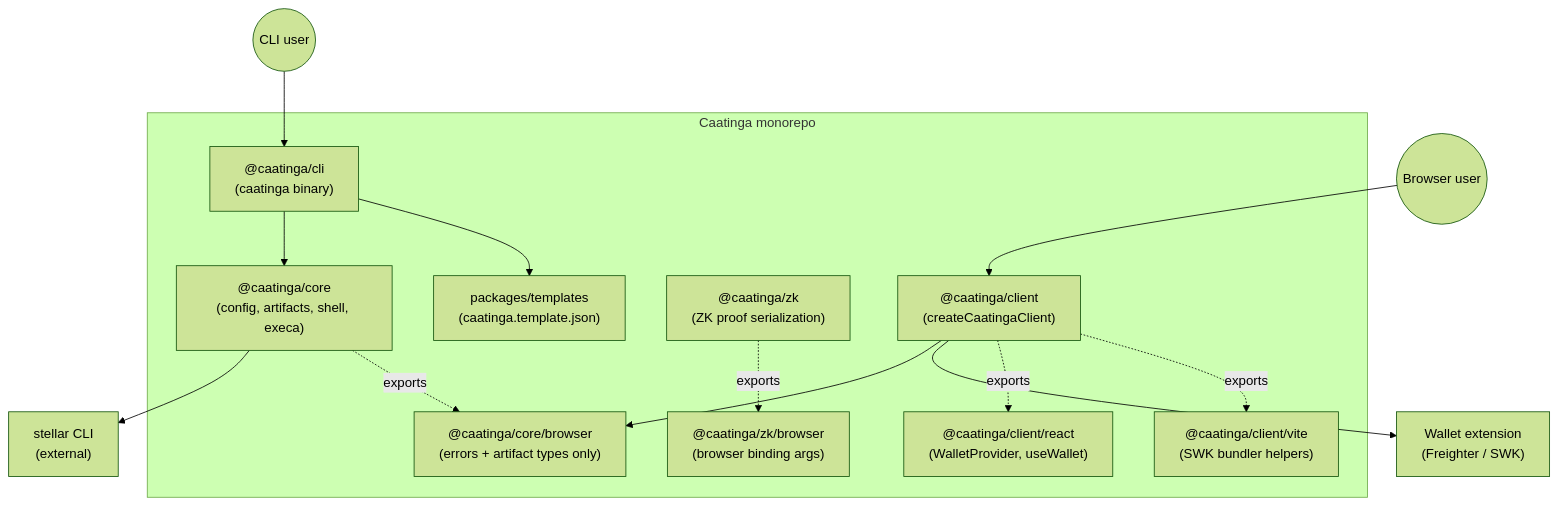
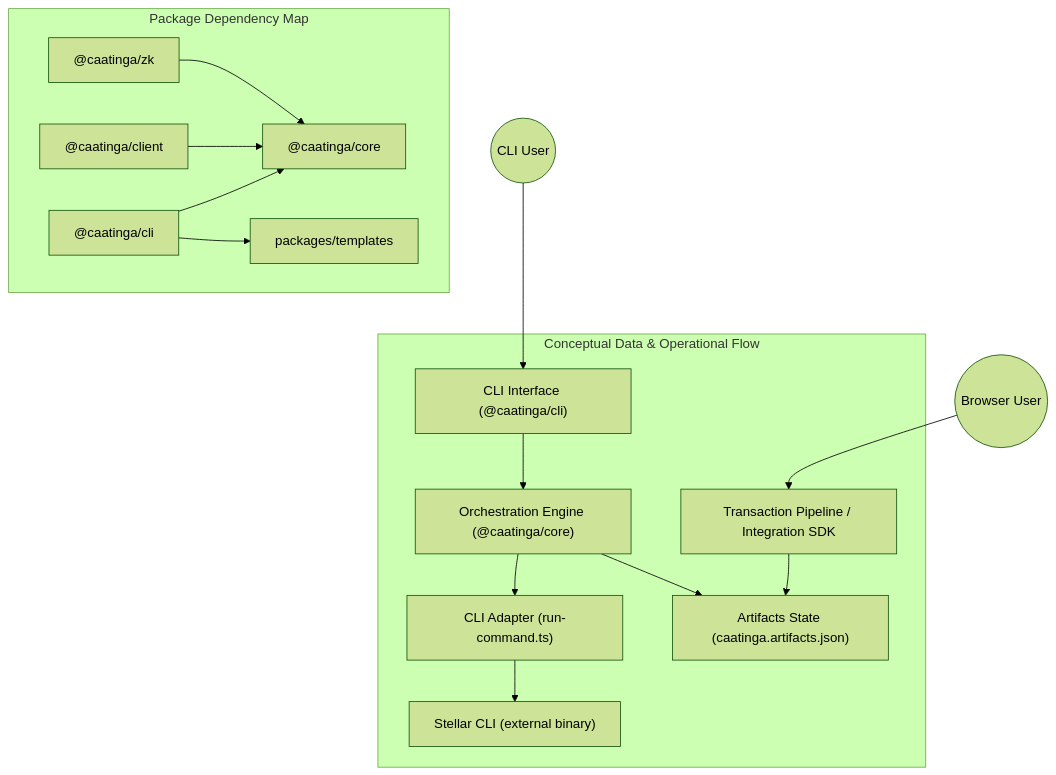
The second of 2 diagrams in docs/architecture.md (Dione-b/caatinga), drawn with Mermaid (forest theme) before and after one commit. The commit also changed other lines of this file and 66 other files, not shown here.

````diff
--- a/docs/architecture.md
+++ b/docs/architecture.md
@@ -109,32 +134,36 @@
 ```mermaid
 graph TD
-  user((CLI user))
-  dev((Browser user))
+  user((CLI User))
+  dev((Browser User))
 
-  subgraph monorepo[Caatinga monorepo]
-    cli["@caatinga/cli<br/>(caatinga binary)"]
-    core["@caatinga/core<br/>(config, artifacts, shell, execa)"]
-    coreBrowser["@caatinga/core/browser<br/>(errors + artifact types only)"]
-    client["@caatinga/client<br/>(createCaatingaClient)"]
-    clientReact["@caatinga/client/react<br/>(WalletProvider, useWallet)"]
-    clientVite["@caatinga/client/vite<br/>(SWK bundler helpers)"]
-    zk["@caatinga/zk<br/>(ZK proof serialization)"]
-    zkBrowser["@caatinga/zk/browser<br/>(browser binding args)"]
-    templates["packages/templates<br/>(caatinga.template.json)"]
+  subgraph Conceptual[Conceptual Data & Operational Flow]
+    CLI["CLI Interface (@caatinga/cli)"]
+    Core["Orchestration Engine (@caatinga/core)"]
+    CLIAdapter["CLI Adapter (run-command.ts)"]
+    StellarCLI["Stellar CLI (external binary)"]
+    Artifacts["Artifacts State (caatinga.artifacts.json)"]
+    Runtime["Transaction Pipeline / Integration SDK"]
+
+    CLI --> Core
+    Core --> CLIAdapter
+    CLIAdapter --> StellarCLI
+    Core --> Artifacts
+    Runtime --> Artifacts
   end
 
-  stellarCli["stellar CLI<br/>(external)"]
-  walletExt["Wallet extension<br/>(Freighter / SWK)"]
+  subgraph Packages[Package Dependency Map]
+    cliPkg["@caatinga/cli"]
+    corePkg["@caatinga/core"]
+    clientPkg["@caatinga/client"]
+    zkPkg["@caatinga/zk"]
+    templatesPkg["packages/templates"]
 
-  user --> cli
-  cli --> core
-  cli --> templates
-  core --> stellarCli
-  core -.exports.-> coreBrowser
-  client --> coreBrowser
-  client --> walletExt
-  client -.exports.-> clientReact
-  client -.exports.-> clientVite
-  zk -.exports.-> zkBrowser
-  dev --> client
+    cliPkg --> corePkg
+    cliPkg --> templatesPkg
+    clientPkg --> corePkg
+    zkPkg --> corePkg
+  end
+
+  user --> CLI
+  dev --> Runtime
 ```
````
